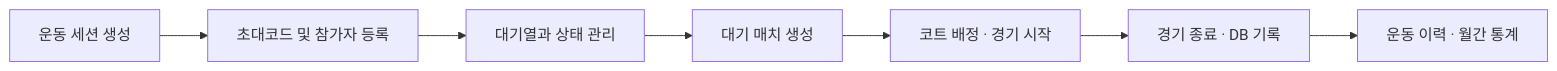
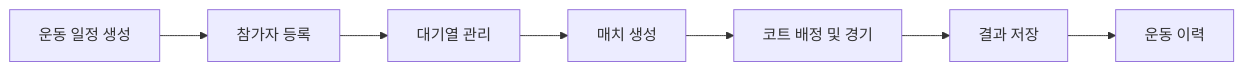
Before and after one commit to Leeeyounghwan/PlayCock: the first of 2 diagrams in README.md, drawn with Mermaid. The commit also changed other lines of this file, not shown here.

````diff
--- a/README.md
+++ b/README.md
@@ -14,9 +21,9 @@
 ```mermaid
 flowchart LR
- A[운동 세션 생성] --> B[초대코드 및 참가자 등록]
- B --> C[대기열과 상태 관리]
- C --> D[대기 매치 생성]
- D --> E[코트 배정 · 경기 시작]
- E --> F[경기 종료 · DB 기록]
- F --> G[운동 이력 · 월간 통계]
+    A[운동 일정 생성] --> B[참가자 등록]
+    B --> C[대기열 관리]
+    C --> D[매치 생성]
+    D --> E[코트 배정 및 경기]
+    E --> F[결과 저장]
+    F --> G[운동 이력]
 ```
````
